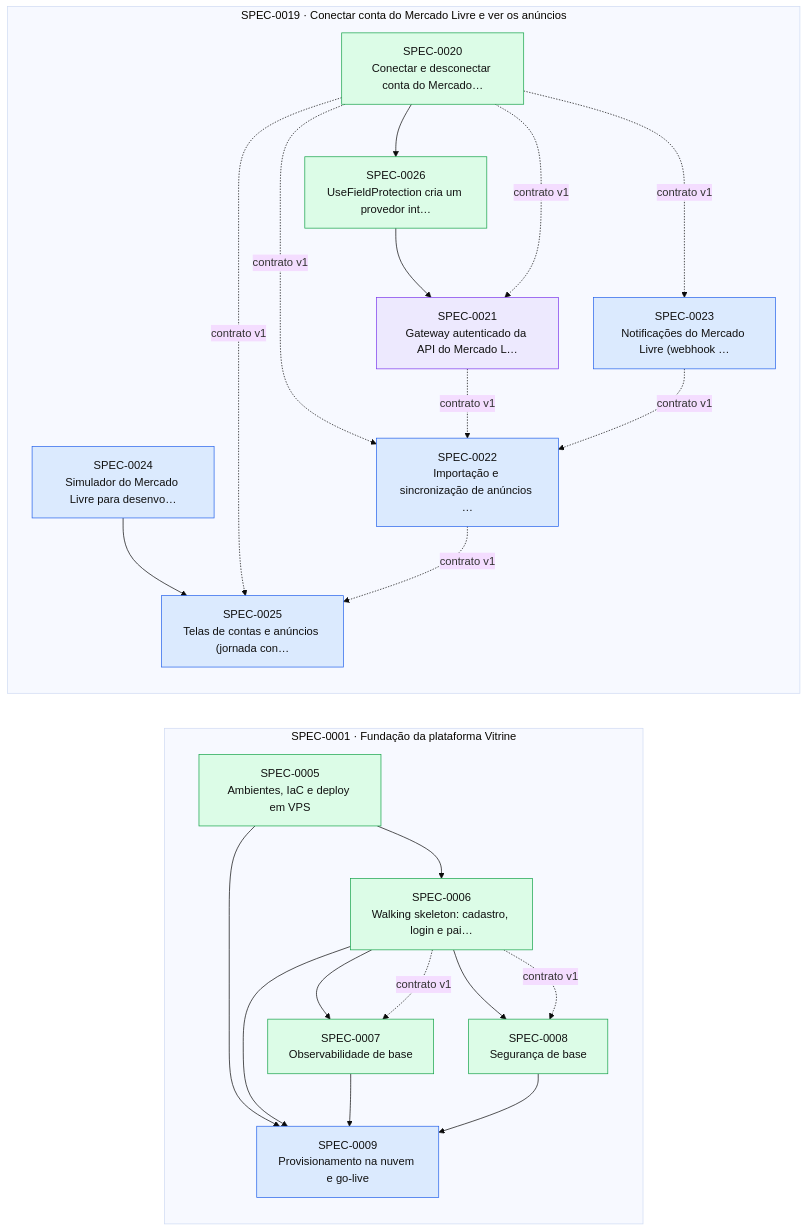
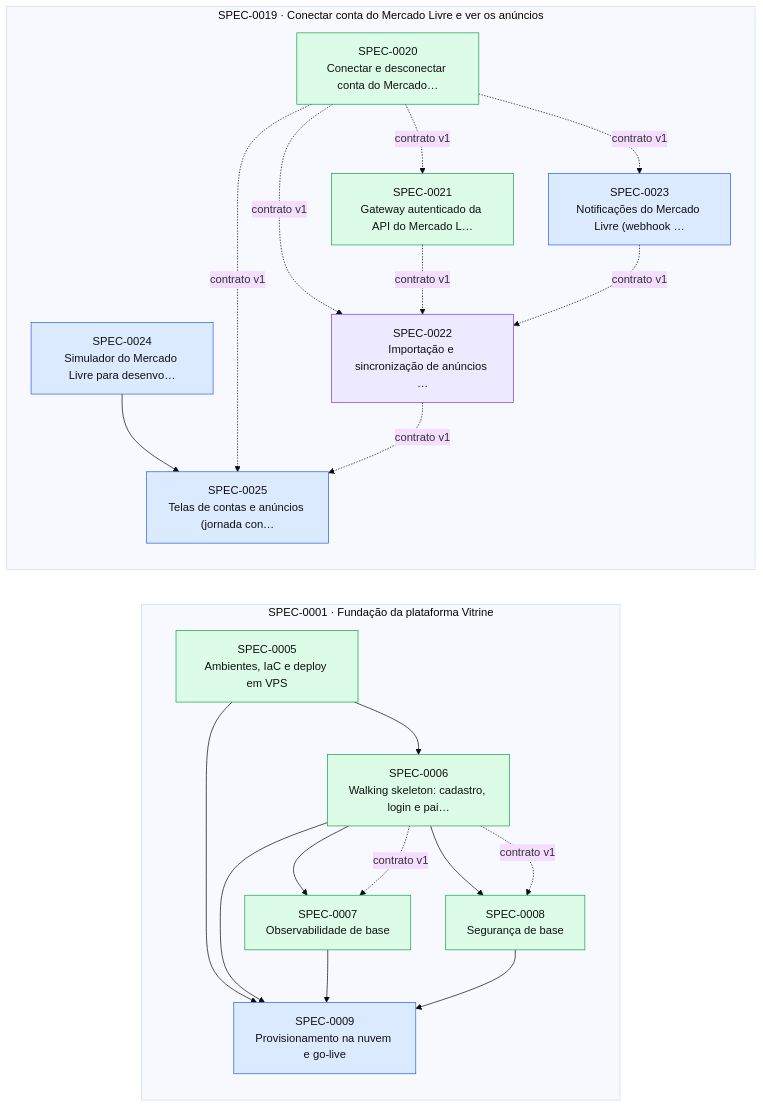
Before and after one commit to thomasravache/vitrine: the diagram in docs/specs/INDEX.md, drawn with Mermaid (base theme). The commit also changed other lines of this file and 2 other files, not shown here.

First line of the commit message:
docs(specs): SPEC-0021 implementada; despacha a SPEC-0022

````diff
--- a/docs/specs/INDEX.md
+++ b/docs/specs/INDEX.md
@@ -63,43 +62,40 @@
 ```mermaid
 flowchart LR
   subgraph E0001["SPEC-0001 · Fundação da plataforma Vitrine"]
     S0005["SPEC-0005<br/>Ambientes, IaC e deploy em VPS"]:::implemented
     S0006["SPEC-0006<br/>Walking skeleton: cadastro, login e pai…"]:::implemented
     S0007["SPEC-0007<br/>Observabilidade de base"]:::implemented
     S0008["SPEC-0008<br/>Segurança de base"]:::implemented
     S0009["SPEC-0009<br/>Provisionamento na nuvem e go-live"]:::approved
   end
   subgraph E0019["SPEC-0019 · Conectar conta do Mercado Livre e ver os anúncios"]
     S0020["SPEC-0020<br/>Conectar e desconectar conta do Mercado…"]:::implemented
-    S0021["SPEC-0021<br/>Gateway autenticado da API do Mercado L…"]:::inprogress
-    S0022["SPEC-0022<br/>Importação e sincronização de anúncios …"]:::approved
+    S0021["SPEC-0021<br/>Gateway autenticado da API do Mercado L…"]:::implemented
+    S0022["SPEC-0022<br/>Importação e sincronização de anúncios …"]:::inprogress
     S0023["SPEC-0023<br/>Notificações do Mercado Livre (webhook …"]:::approved
     S0024["SPEC-0024<br/>Simulador do Mercado Livre para desenvo…"]:::approved
     S0025["SPEC-0025<br/>Telas de contas e anúncios (jornada con…"]:::approved
-    S0026["SPEC-0026<br/>UseFieldProtection cria um provedor int…"]:::implemented
   end
   S0005 --> S0006
   S0006 --> S0007
   S0006 -. contrato v1 .-> S0007
   S0006 --> S0008
   S0006 -. contrato v1 .-> S0008
   S0005 --> S0009
   S0006 --> S0009
   S0007 --> S0009
   S0008 --> S0009
-  S0026 --> S0021
   S0020 -. contrato v1 .-> S0021
   S0020 -. contrato v1 .-> S0022
   S0021 -. contrato v1 .-> S0022
   S0023 -. contrato v1 .-> S0022
   S0020 -. contrato v1 .-> S0023
   S0024 --> S0025
   S0020 -. contrato v1 .-> S0025
   S0022 -. contrato v1 .-> S0025
-  S0020 --> S0026
   classDef proposed fill:#fef3c7,stroke:#d97706,color:#111
   classDef approved fill:#dbeafe,stroke:#2563eb,color:#111
   classDef inprogress fill:#ede9fe,stroke:#7c3aed,color:#111
   classDef implemented fill:#dcfce7,stroke:#16a34a,color:#111
   classDef deprecated fill:#f3f4f6,stroke:#9ca3af,color:#6b7280
 ```
````
